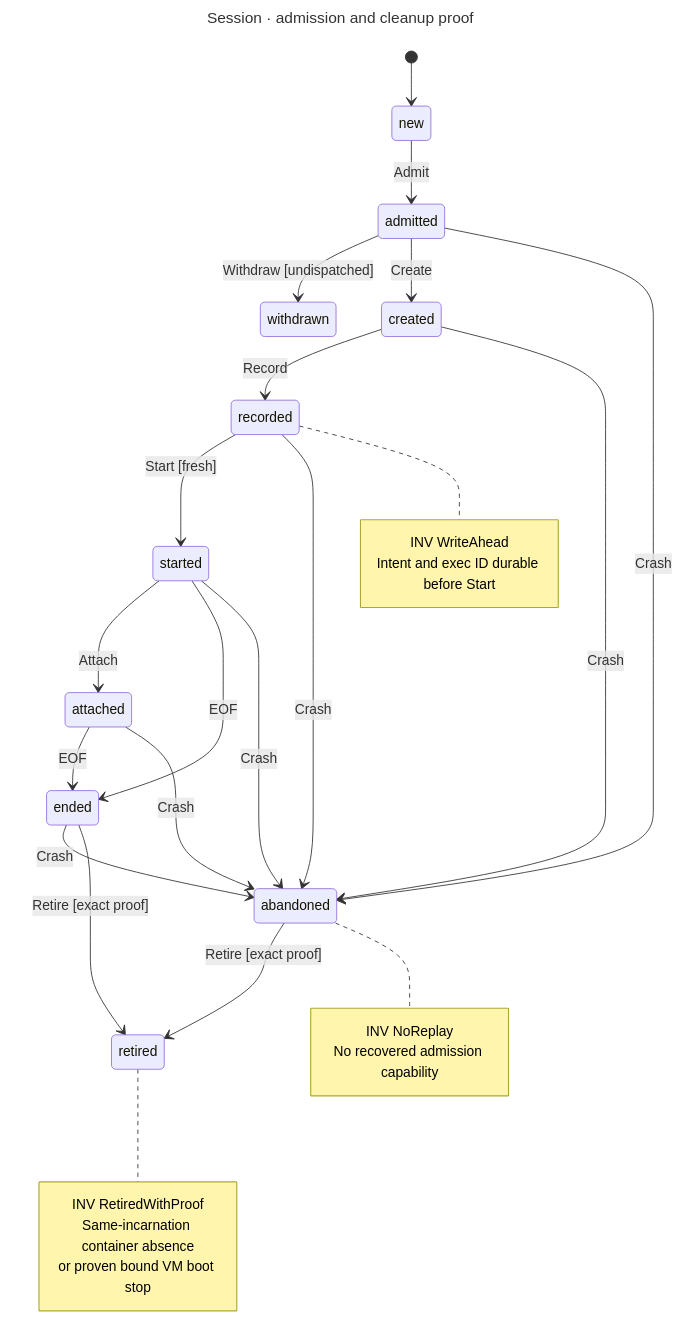
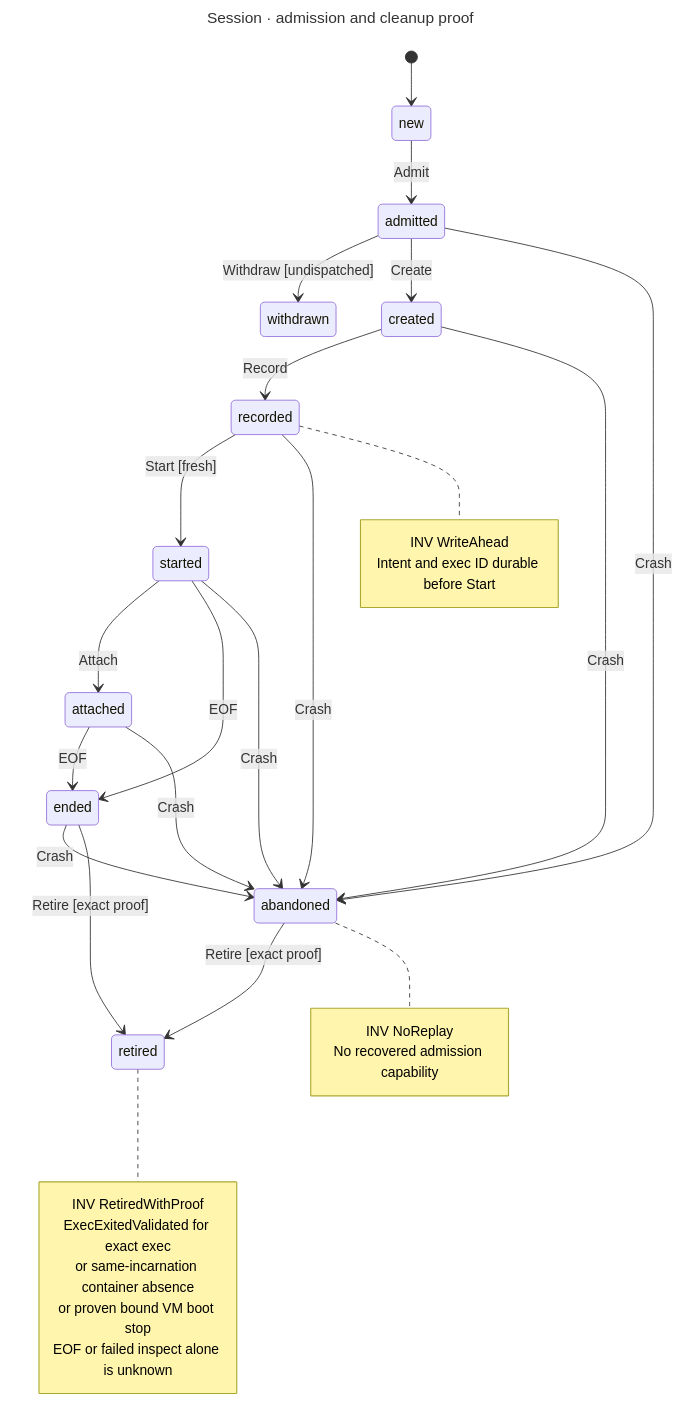
Before and after one commit to hack-dance/hack: the diagram in docs/diagrams/interactive-session.mmd, drawn with Mermaid. The commit also changed 38 other files, not shown here.

```diff
--- a/docs/diagrams/interactive-session.mmd
+++ b/docs/diagrams/interactive-session.mmd
@@ -1,35 +1,37 @@
 ---
 title: Session · admission and cleanup proof
 ---
 stateDiagram-v2
   direction TB
   [*] --> new
   new --> admitted : Admit
   admitted --> withdrawn : Withdraw [undispatched]
   admitted --> created : Create
   created --> recorded : Record
   recorded --> started : Start [fresh]
   started --> attached : Attach
   started --> ended : EOF
   attached --> ended : EOF
   admitted --> abandoned : Crash
   created --> abandoned : Crash
   recorded --> abandoned : Crash
   started --> abandoned : Crash
   attached --> abandoned : Crash
   ended --> abandoned : Crash
   ended --> retired : Retire [exact proof]
   abandoned --> retired : Retire [exact proof]
   note right of recorded
     INV WriteAhead
     Intent and exec ID durable before Start
   end note
   note right of abandoned
     INV NoReplay
     No recovered admission capability
   end note
   note right of retired
     INV RetiredWithProof
-    Same-incarnation container absence
+    ExecExitedValidated for exact exec
+    or same-incarnation container absence
     or proven bound VM boot stop
+    EOF or failed inspect alone is unknown
   end note
```
